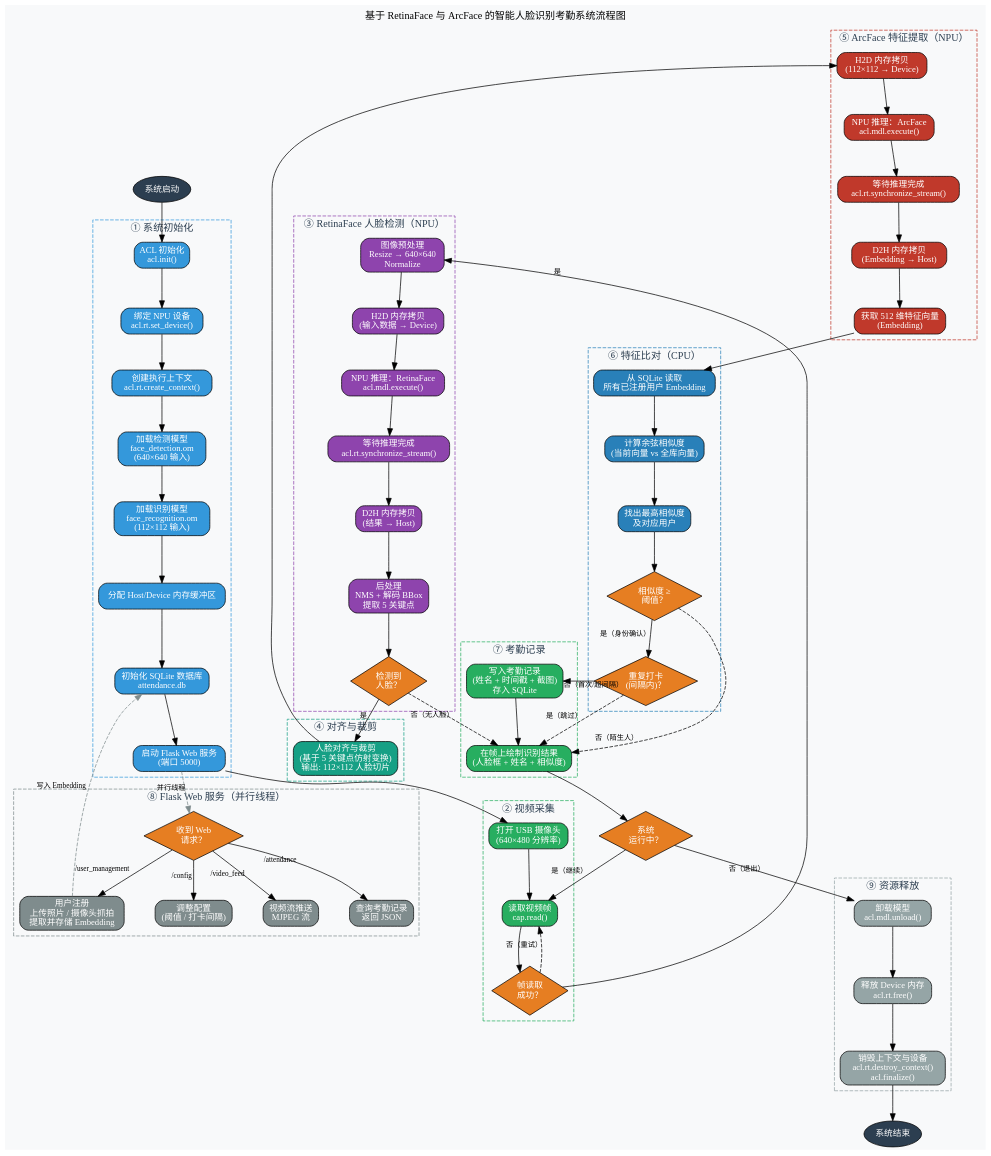
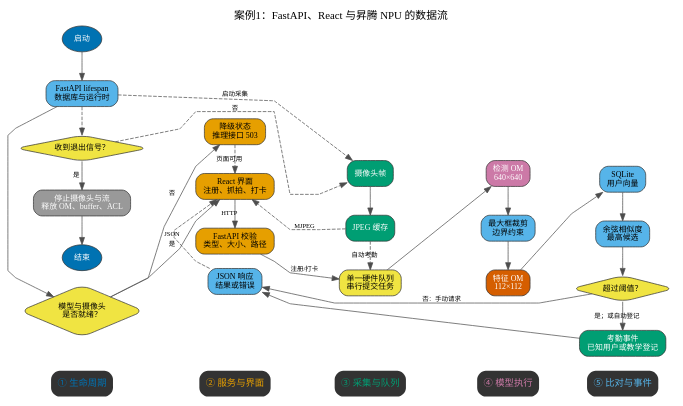
Before and after one commit to zhouxzh/Ascend310: the diagram in src/experiment/img1/case1_flow.dot, drawn with Graphviz. The commit also changed 831 other files, not shown here.

```diff
--- a/src/experiment/img1/case1_flow.dot
+++ b/src/experiment/img1/case1_flow.dot
@@ -1,238 +1,93 @@
-digraph FaceAttendanceSystem {
-    // 全局图属性
+digraph Case1Flow {
     graph [
-        rankdir = TB,
-        fontname = "Microsoft YaHei",
-        fontsize = 14,
-        label = "基于 RetinaFace 与 ArcFace 的智能人脸识别考勤系统流程图",
-        labelloc = t,
-        splines = spline,
-        nodesep = 0.6,
-        ranksep = 0.7,
-        bgcolor = "#F8F9FA"
+        rankdir=LR,
+        newrank=true,
+        fontname="Microsoft YaHei",
+        fontsize=15,
+        label="案例1：FastAPI、React 与昇腾 NPU 的数据流",
+        labelloc=t,
+        nodesep=0.28,
+        ranksep=0.60,
+        splines=polyline,
+        bgcolor="#FFFFFF"
     ]
+    node [
+        shape=box,
+        style="filled,rounded",
+        fontname="Microsoft YaHei",
+        fontsize=11,
+        color="#333333",
+        margin="0.12,0.08"
+    ]
+    edge [fontname="Microsoft YaHei", fontsize=9, color="#4D4D4D"]
 
-    // 全局节点属性
-    node [
-        fontname = "Microsoft YaHei",
-        fontsize = 12,
-        style = "filled,rounded",
-        shape = box
-    ]
+    H1 [shape=plaintext, fontname="Microsoft YaHei", fontsize=13, fontcolor="#0072B2", label="① 生命周期"]
+    H2 [shape=plaintext, fontname="Microsoft YaHei", fontsize=13, fontcolor="#E69F00", label="② 服务与界面"]
+    H3 [shape=plaintext, fontname="Microsoft YaHei", fontsize=13, fontcolor="#009E73", label="③ 采集与队列"]
+    H4 [shape=plaintext, fontname="Microsoft YaHei", fontsize=13, fontcolor="#CC79A7", label="④ 模型执行"]
+    H5 [shape=plaintext, fontname="Microsoft YaHei", fontsize=13, fontcolor="#56B4E9", label="⑤ 比对与事件"]
 
-    // 全局边属性
-    edge [
-        fontname = "Microsoft YaHei",
-        fontsize = 10
-    ]
+    Start [shape=oval, fillcolor="#0072B2", fontcolor=white, label="启动"]
+    Init [fillcolor="#56B4E9", label="FastAPI lifespan\n数据库与运行时"]
+    Ready [shape=diamond, fillcolor="#F0E442", label="模型与摄像头\n是否就绪？"]
+    Degraded [fillcolor="#E69F00", label="降级状态\n推理接口 503"]
+    Stop [shape=diamond, fillcolor="#F0E442", label="收到退出信号？"]
+    Release [fillcolor="#999999", fontcolor=white, label="停止摄像头与流\n释放 OM、buffer、ACL"]
+    End [shape=oval, fillcolor="#0072B2", fontcolor=white, label="结束"]
 
-    // ─── 起止节点 ───
-    node [shape = oval, fillcolor = "#2C3E50", fontcolor = white, style = filled]
-    Start [label = "系统启动"]
-    End   [label = "系统结束"]
+    React [fillcolor="#E69F00", label="React 界面\n注册、抓拍、打卡"]
+    Validate [fillcolor="#E69F00", label="FastAPI 校验\n类型、大小、路径"]
+    Response [fillcolor="#56B4E9", label="JSON 响应\n结果或错误"]
 
-    // ─── 初始化阶段 ───
-    node [shape = box, fillcolor = "#3498DB", fontcolor = white, style = "filled,rounded"]
-    InitACL      [label = "ACL 初始化\nacl.init()"]
-    SetDevice    [label = "绑定 NPU 设备\nacl.rt.set_device()"]
-    CreateCtx    [label = "创建执行上下文\nacl.rt.create_context()"]
-    LoadDetModel [label = "加载检测模型\nface_detection.om\n(640×640 输入)"]
-    LoadRecModel [label = "加载识别模型\nface_recognition.om\n(112×112 输入)"]
-    AllocBuf     [label = "分配 Host/Device 内存缓冲区"]
-    InitDB       [label = "初始化 SQLite 数据库\nattendance.db"]
-    StartFlask   [label = "启动 Flask Web 服务\n(端口 5000)"]
+    Camera [fillcolor="#009E73", fontcolor=white, label="摄像头帧"]
+    Cache [fillcolor="#009E73", fontcolor=white, label="JPEG 缓存"]
+    Queue [fillcolor="#F0E442", label="单一硬件队列\n串行提交任务"]
 
-    // ─── 主循环 ───
-    node [shape = box, fillcolor = "#27AE60", fontcolor = white, style = "filled,rounded"]
-    OpenCamera   [label = "打开 USB 摄像头\n(640×480 分辨率)"]
-    CaptureFrame [label = "读取视频帧\ncap.read()"]
+    Detect [fillcolor="#CC79A7", fontcolor=white, label="检测 OM\n640×640"]
+    Crop [fillcolor="#56B4E9", label="最大框裁剪\n边界约束"]
+    Feature [fillcolor="#D55E00", fontcolor=white, label="特征 OM\n112×112"]
 
-    // ─── 判断节点 ───
-    node [shape = diamond, fillcolor = "#E67E22", fontcolor = white, style = filled]
-    FrameOK      [label = "帧读取\n成功？"]
-    FaceFound    [label = "检测到\n人脸？"]
-    SimilarOK    [label = "相似度 ≥\n阈值？"]
-    Dup          [label = "重复打卡\n(间隔内)？"]
-    SysRunning   [label = "系统\n运行中？"]
-    WebRequest   [label = "收到 Web\n请求？"]
+    Vectors [fillcolor="#56B4E9", label="SQLite\n用户向量"]
+    Similarity [fillcolor="#56B4E9", label="余弦相似度\n最高候选"]
+    Decision [shape=diamond, fillcolor="#F0E442", label="超过阈值？"]
+    Event [fillcolor="#009E73", fontcolor=white, label="考勤事件\n已知用户或教学登记"]
 
-    // ─── RetinaFace 检测阶段 ───
-    node [shape = box, fillcolor = "#8E44AD", fontcolor = white, style = "filled,rounded"]
-    PreProcess   [label = "图像预处理\nResize → 640×640\nNormalize"]
-    H2D_Det      [label = "H2D 内存拷贝\n(输入数据 → Device)"]
-    RunDet       [label = "NPU 推理：RetinaFace\nacl.mdl.execute()"]
-    SyncDet      [label = "等待推理完成\nacl.rt.synchronize_stream()"]
-    D2H_Det      [label = "D2H 内存拷贝\n(结果 → Host)"]
-    PostDet      [label = "后处理\nNMS + 解码 BBox\n提取 5 关键点"]
+    {rank=same; H1; Start; Init; Ready; Stop; Release; End}
+    {rank=same; H2; React; Validate; Response; Degraded}
+    {rank=same; H3; Camera; Cache; Queue}
+    {rank=same; H4; Detect; Crop; Feature}
+    {rank=same; H5; Vectors; Similarity; Decision; Event}
 
-    // ─── 对齐裁剪阶段 ───
-    node [shape = box, fillcolor = "#16A085", fontcolor = white, style = "filled,rounded"]
-    Align        [label = "人脸对齐与裁剪\n(基于 5 关键点仿射变换)\n输出: 112×112 人脸切片"]
+    H1 -> H2 [style=invis, weight=100]
+    H2 -> H3 [style=invis, weight=100]
+    H3 -> H4 [style=invis, weight=100]
+    H4 -> H5 [style=invis, weight=100]
 
-    // ─── ArcFace 识别阶段 ───
-    node [shape = box, fillcolor = "#C0392B", fontcolor = white, style = "filled,rounded"]
-    H2D_Rec      [label = "H2D 内存拷贝\n(112×112 → Device)"]
-    RunRec       [label = "NPU 推理：ArcFace\nacl.mdl.execute()"]
-    SyncRec      [label = "等待推理完成\nacl.rt.synchronize_stream()"]
-    D2H_Rec      [label = "D2H 内存拷贝\n(Embedding → Host)"]
-    GetEmbed     [label = "获取 512 维特征向量\n(Embedding)"]
+    Start -> Init [constraint=false]
+    Init -> Ready [constraint=false]
+    Ready -> React [label="是", constraint=false]
+    Ready -> Degraded [label="否", constraint=false]
+    Degraded -> React [style=dashed, label="页面可用", constraint=false]
+    React -> Validate [label="HTTP", constraint=false]
+    Validate -> Queue [label="注册/打卡", constraint=false]
+    Queue -> Detect [constraint=false]
+    Detect -> Crop [constraint=false]
+    Crop -> Feature [constraint=false]
+    Feature -> Vectors [constraint=false]
+    Vectors -> Similarity [constraint=false]
+    Similarity -> Decision [constraint=false]
+    Decision -> Event [label="是；或自动登记", constraint=false]
+    Decision -> Response [label="否：手动请求", constraint=false]
+    Event -> Response [constraint=false]
+    Response -> React [style=dashed, label="JSON", constraint=false]
 
-    // ─── 特征比对阶段 ───
-    node [shape = box, fillcolor = "#2980B9", fontcolor = white, style = "filled,rounded"]
-    LoadDB       [label = "从 SQLite 读取\n所有已注册用户 Embedding"]
-    CosSim       [label = "计算余弦相似度\n(当前向量 vs 全库向量)"]
-    FindBest     [label = "找出最高相似度\n及对应用户"]
+    Init -> Camera [style=dashed, label="启动采集", constraint=false]
+    Camera -> Cache [constraint=false]
+    Cache -> Queue [style=dashed, label="自动考勤", constraint=false]
+    Cache -> React [style=dashed, label="MJPEG", constraint=false]
 
-    // ─── 考勤记录阶段 ───
-    node [shape = box, fillcolor = "#27AE60", fontcolor = white, style = "filled,rounded"]
-    WriteRecord  [label = "写入考勤记录\n(姓名 + 时间戳 + 截图)\n存入 SQLite"]
-    DrawResult   [label = "在帧上绘制识别结果\n(人脸框 + 姓名 + 相似度)"]
-
-    // ─── Web 路由处理 ───
-    node [shape = box, fillcolor = "#7F8C8D", fontcolor = white, style = "filled,rounded"]
-    WebRegister  [label = "用户注册\n上传照片 / 摄像头抓拍\n提取并存储 Embedding"]
-    WebAttend    [label = "查询考勤记录\n返回 JSON"]
-    WebConfig    [label = "调整配置\n(阈值 / 打卡间隔)"]
-    WebStream    [label = "视频流推送\nMJPEG 流"]
-
-    // ─── 资源释放 ───
-    node [shape = box, fillcolor = "#95A5A6", fontcolor = white, style = "filled,rounded"]
-    RelModel     [label = "卸载模型\nacl.mdl.unload()"]
-    RelMem       [label = "释放 Device 内存\nacl.rt.free()"]
-    RelCtx       [label = "销毁上下文与设备\nacl.rt.destroy_context()\nacl.finalize()"]
-
-    // ═══════════════════════════════════
-    //            主流程连线
-    // ═══════════════════════════════════
-
-    Start        -> InitACL
-    InitACL      -> SetDevice
-    SetDevice    -> CreateCtx
-    CreateCtx    -> LoadDetModel
-    LoadDetModel -> LoadRecModel
-    LoadRecModel -> AllocBuf
-    AllocBuf     -> InitDB
-    InitDB       -> StartFlask
-    StartFlask   -> OpenCamera
-    OpenCamera   -> CaptureFrame
-
-    CaptureFrame -> FrameOK
-    FrameOK      -> PreProcess   [xlabel = "是"]
-    FrameOK      -> CaptureFrame [xlabel = "否（重试）", style = dashed]
-
-    // RetinaFace 检测流水线
-    PreProcess -> H2D_Det -> RunDet -> SyncDet -> D2H_Det -> PostDet
-    PostDet    -> FaceFound
-    FaceFound  -> Align      [xlabel = "是"]
-    FaceFound  -> DrawResult [xlabel = "否（无人脸）", style = dashed]
-
-    // ArcFace 识别流水线
-    Align -> H2D_Rec -> RunRec -> SyncRec -> D2H_Rec -> GetEmbed
-
-    // 特征比对流水线
-    GetEmbed -> LoadDB -> CosSim -> FindBest
-    FindBest  -> SimilarOK
-    SimilarOK -> Dup        [xlabel = "是（身份确认）"]
-    SimilarOK -> DrawResult [xlabel = "否（陌生人）", style = dashed]
-
-    Dup -> WriteRecord [xlabel = "否（首次/超间隔）"]
-    Dup -> DrawResult  [xlabel = "是（跳过）", style = dashed]
-
-    WriteRecord -> DrawResult
-
-    // 帧展示与循环
-    DrawResult -> SysRunning
-    SysRunning -> CaptureFrame [xlabel = "是（继续）"]
-    SysRunning -> RelModel     [xlabel = "否（退出）"]
-
-    // ─── Web 并发处理（与主循环并行）───
-    StartFlask  -> WebRequest  [style = dashed, color = "#7F8C8D", xlabel = "并行线程"]
-    WebRequest  -> WebRegister [xlabel = "/user_management"]
-    WebRequest  -> WebAttend   [xlabel = "/attendance"]
-    WebRequest  -> WebConfig   [xlabel = "/config"]
-    WebRequest  -> WebStream   [xlabel = "/video_feed"]
-
-    // 用户注册写回数据库
-    WebRegister -> InitDB [style = dashed, color = "#7F8C8D", xlabel = "写入 Embedding"]
-
-    // ─── 资源释放 ───
-    RelModel -> RelMem -> RelCtx -> End
-
-    // ═══════════════════════════════════
-    //            分组（子图）
-    // ═══════════════════════════════════
-
-    subgraph cluster_init {
-        label = "① 系统初始化"
-        fontcolor = "#2C3E50"
-        style = "dashed"
-        color = "#3498DB"
-        InitACL; SetDevice; CreateCtx;
-        LoadDetModel; LoadRecModel; AllocBuf;
-        InitDB; StartFlask
-    }
-
-    subgraph cluster_capture {
-        label = "② 视频采集"
-        fontcolor = "#2C3E50"
-        style = "dashed"
-        color = "#27AE60"
-        OpenCamera; CaptureFrame; FrameOK
-    }
-
-    subgraph cluster_detection {
-        label = "③ RetinaFace 人脸检测（NPU）"
-        fontcolor = "#2C3E50"
-        style = "dashed"
-        color = "#8E44AD"
-        PreProcess; H2D_Det; RunDet; SyncDet; D2H_Det; PostDet; FaceFound
-    }
-
-    subgraph cluster_align {
-        label = "④ 对齐与裁剪"
-        fontcolor = "#2C3E50"
-        style = "dashed"
-        color = "#16A085"
-        Align
-    }
-
-    subgraph cluster_recognition {
-        label = "⑤ ArcFace 特征提取（NPU）"
-        fontcolor = "#2C3E50"
-        style = "dashed"
-        color = "#C0392B"
-        H2D_Rec; RunRec; SyncRec; D2H_Rec; GetEmbed
-    }
-
-    subgraph cluster_matching {
-        label = "⑥ 特征比对（CPU）"
-        fontcolor = "#2C3E50"
-        style = "dashed"
-        color = "#2980B9"
-        LoadDB; CosSim; FindBest; SimilarOK; Dup
-    }
-
-    subgraph cluster_record {
-        label = "⑦ 考勤记录"
-        fontcolor = "#2C3E50"
-        style = "dashed"
-        color = "#27AE60"
-        WriteRecord; DrawResult
-    }
-
-    subgraph cluster_web {
-        label = "⑧ Flask Web 服务（并行线程）"
-        fontcolor = "#2C3E50"
-        style = "dashed"
-        color = "#7F8C8D"
-        WebRequest; WebRegister; WebAttend; WebConfig; WebStream
-    }
-
-    subgraph cluster_release {
-        label = "⑨ 资源释放"
-        fontcolor = "#2C3E50"
-        style = "dashed"
-        color = "#95A5A6"
-        RelModel; RelMem; RelCtx
-    }
+    Init -> Stop [style=dashed, constraint=false]
+    Stop -> Camera [label="否", style=dashed, constraint=false]
+    Stop -> Release [label="是", constraint=false]
+    Release -> End [constraint=false]
 }
```
